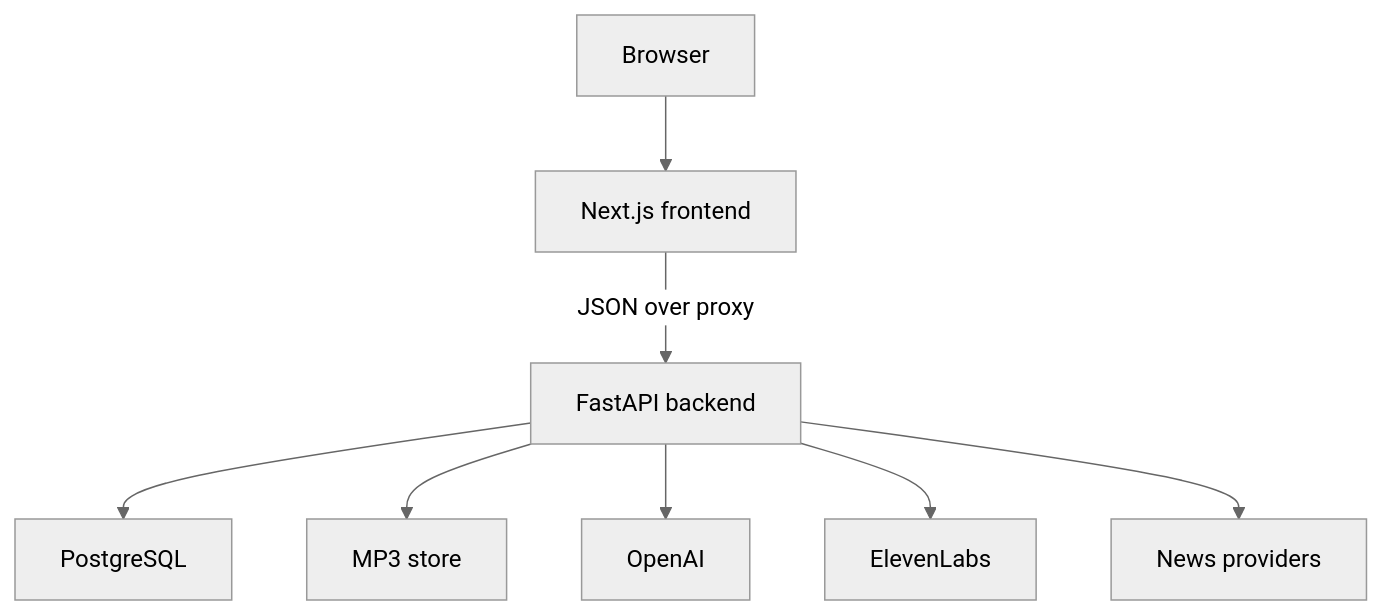
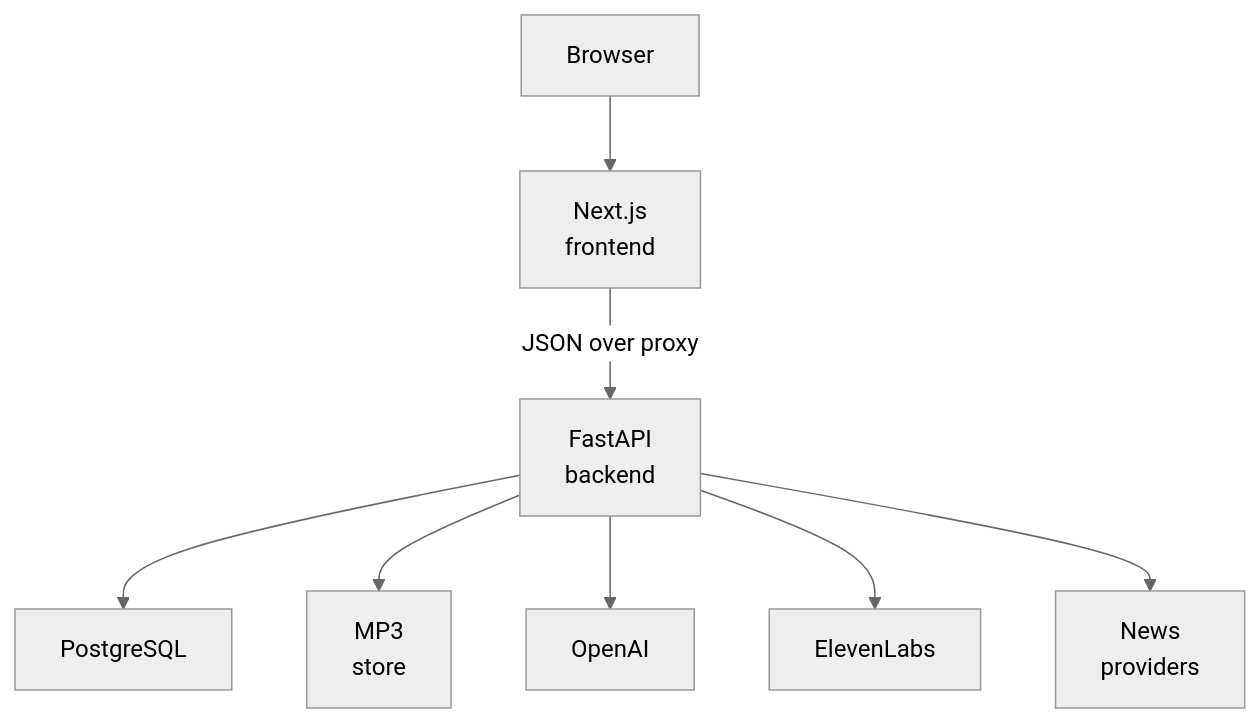
One commit to Miles762/-Hardik-personal-podcast-generator changed the first of 2 diagrams in README.md. Above: the diagram before and after it, drawn with Mermaid (neutral theme). The commit also changed other lines of this file and 1 other file, not shown here.

Commit message:
Wrap Mermaid diagram labels onto multiple lines so text is not clipped

````diff
--- a/README.md
+++ b/README.md
@@ -64,10 +64,10 @@
 ```mermaid
 flowchart TD
-  User["Browser"] --> FE["Next.js frontend"]
-  FE -->|"JSON over proxy"| BE["FastAPI backend"]
+  User["Browser"] --> FE["Next.js<br/>frontend"]
+  FE -->|"JSON over proxy"| BE["FastAPI<br/>backend"]
   BE --> DB["PostgreSQL"]
-  BE --> Files["MP3 store"]
+  BE --> Files["MP3<br/>store"]
   BE --> OpenAI["OpenAI"]
   BE --> Eleven["ElevenLabs"]
-  BE --> News["News providers"]
+  BE --> News["News<br/>providers"]
 ```
````
